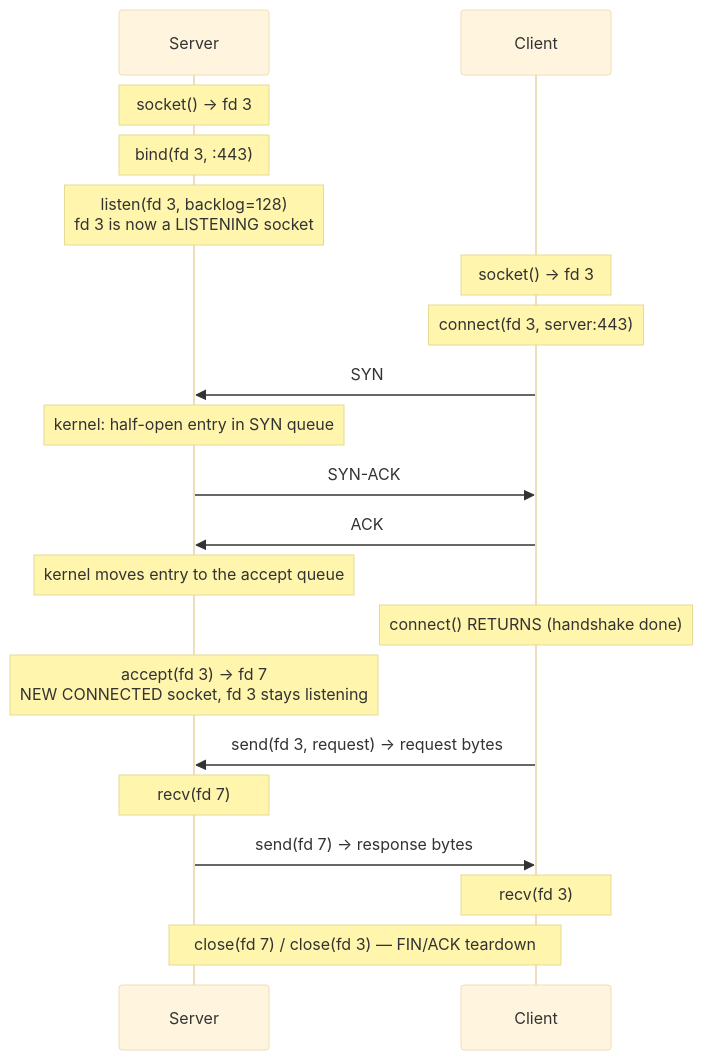
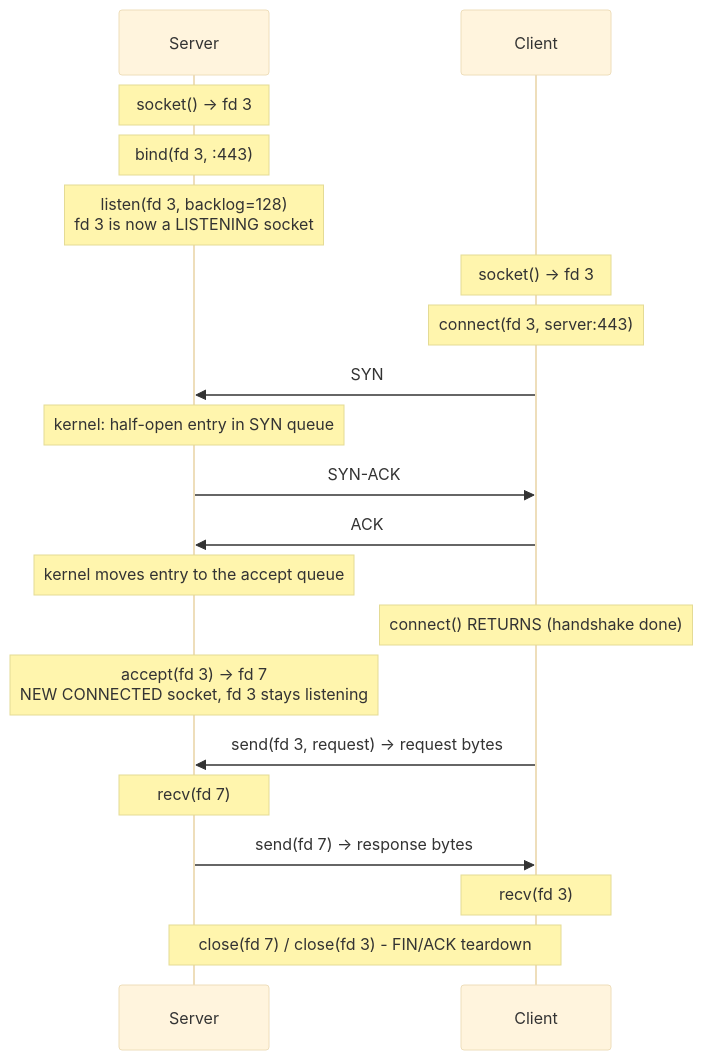
One commit to ParthGadhiya0602/System-Design changed the diagram in lessons/backend/L1/10-sockets.md. Above: the diagram before and after it, drawn with Mermaid (base theme). The commit also changed other lines of this file and 59 other files, not shown here.

````diff
--- a/lessons/backend/L1/10-sockets.md
+++ b/lessons/backend/L1/10-sockets.md
@@ -64,22 +64,22 @@
 ```mermaid
 sequenceDiagram
     participant Sv as Server
     participant Cl as Client
     Note over Sv: socket() → fd 3
     Note over Sv: bind(fd 3, :443)
     Note over Sv: listen(fd 3, backlog=128)<br/>fd 3 is now a LISTENING socket
     Note over Cl: socket() → fd 3
     Note over Cl: connect(fd 3, server:443)
     Cl->>Sv: SYN
     Note over Sv: kernel: half-open entry in SYN queue
     Sv->>Cl: SYN-ACK
     Cl->>Sv: ACK
     Note over Sv: kernel moves entry to the accept queue
     Note over Cl: connect() RETURNS (handshake done)
     Note over Sv: accept(fd 3) → fd 7<br/>NEW CONNECTED socket, fd 3 stays listening
     Cl->>Sv: send(fd 3, request) → request bytes
     Note over Sv: recv(fd 7)
     Sv->>Cl: send(fd 7) → response bytes
     Note over Cl: recv(fd 3)
-    Note over Sv,Cl: close(fd 7) / close(fd 3) — FIN/ACK teardown
+    Note over Sv,Cl: close(fd 7) / close(fd 3) - FIN/ACK teardown
 ```
````
